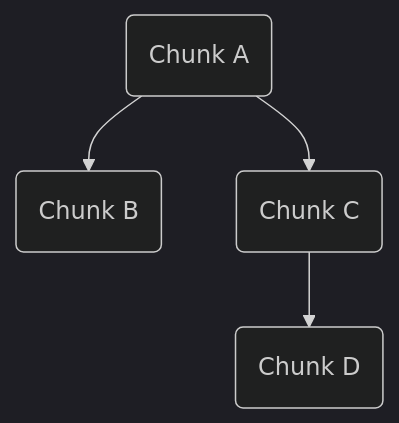
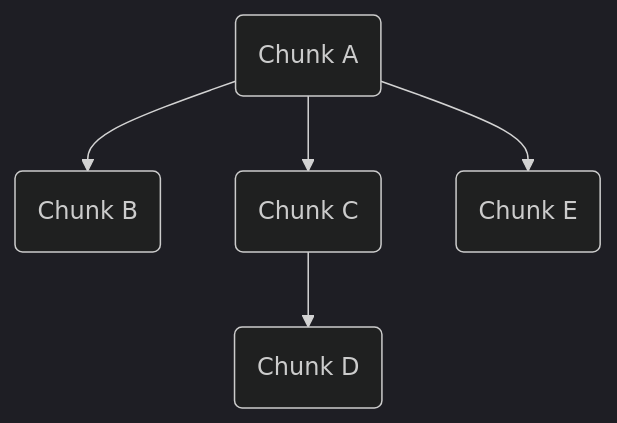
Before and after one commit to microsoft/FluidFramework: the fourth of 23 diagrams in packages/dds/tree/docs/wip/treeStorage.md, drawn with Mermaid (dark theme). The commit also changed other lines of this file, not shown here.

````diff
--- a/packages/dds/tree/docs/wip/treeStorage.md
+++ b/packages/dds/tree/docs/wip/treeStorage.md
@@ -107,10 +109,12 @@
 ```mermaid
 graph TD;
     A(Chunk A)
     B(Chunk B)
     C(Chunk C)
     D(Chunk D)
+    E(Chunk E)
     A-->B
     A-->C
+    A-->E
     C-->D
 ```
````
